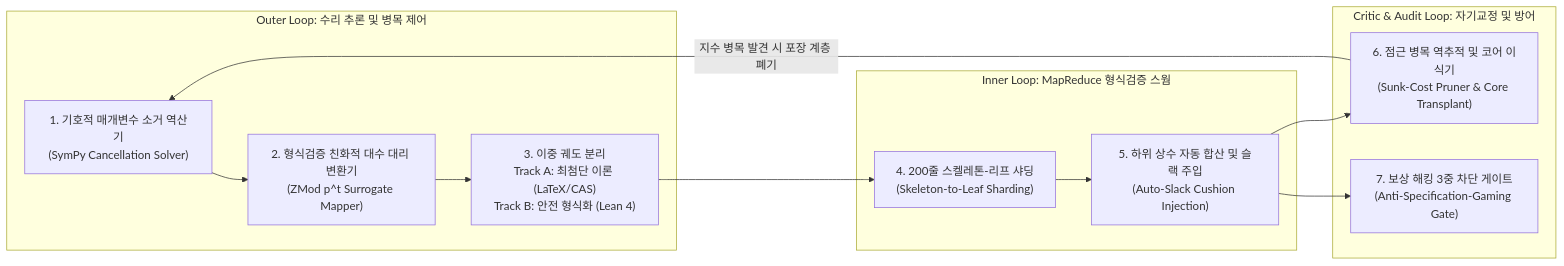
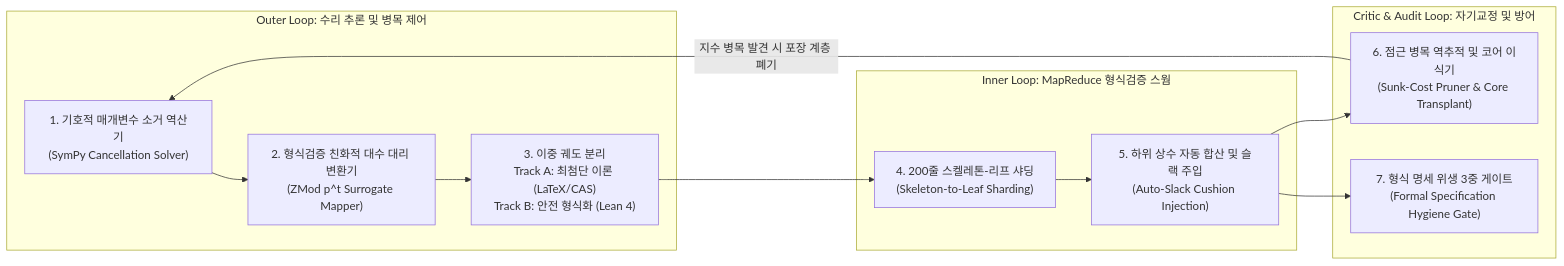
The diagram in anatomy/004-openai-378-eth-disproof/ko/03_전문가용_전산학및형식증명심사보고서.md (gilheumpark-bit/ultari-proof-anatomy), drawn with Mermaid before and after one commit. The commit also changed other lines of this file and 156 other files, not shown here.

````diff
--- a/anatomy/004-openai-378-eth-disproof/ko/03_전문가용_전산학및형식증명심사보고서.md
+++ b/anatomy/004-openai-378-eth-disproof/ko/03_전문가용_전산학및형식증명심사보고서.md
@@ -129,16 +149,16 @@
 ```mermaid
 flowchart LR
     subgraph Outer["Outer Loop: 수리 추론 및 병목 제어"]
         A["1. 기호적 매개변수 소거 역산기\n(SymPy Cancellation Solver)"] --> B["2. 형식검증 친화적 대수 대리 변환기\n(ZMod p^t Surrogate Mapper)"]
         B --> C["3. 이중 궤도 분리\nTrack A: 최첨단 이론 (LaTeX/CAS)\nTrack B: 안전 형식화 (Lean 4)"]
     end
     subgraph Inner["Inner Loop: MapReduce 형식검증 스웜"]
         C --> D["4. 200줄 스켈레톤-리프 샤딩\n(Skeleton-to-Leaf Sharding)"]
         D --> E["5. 하위 상수 자동 합산 및 슬랙 주입\n(Auto-Slack Cushion Injection)"]
     end
     subgraph Gate["Critic & Audit Loop: 자기교정 및 방어"]
         E --> F["6. 점근 병목 역추적 및 코어 이식기\n(Sunk-Cost Pruner & Core Transplant)"]
         F -->|지수 병목 발견 시 포장 계층 폐기| A
-        E --> G["7. 보상 해킹 3중 차단 게이트\n(Anti-Specification-Gaming Gate)"]
+        E --> G["7. 형식 명세 위생 3중 게이트\n(Formal Specification Hygiene Gate)"]
     end
 ```
````
